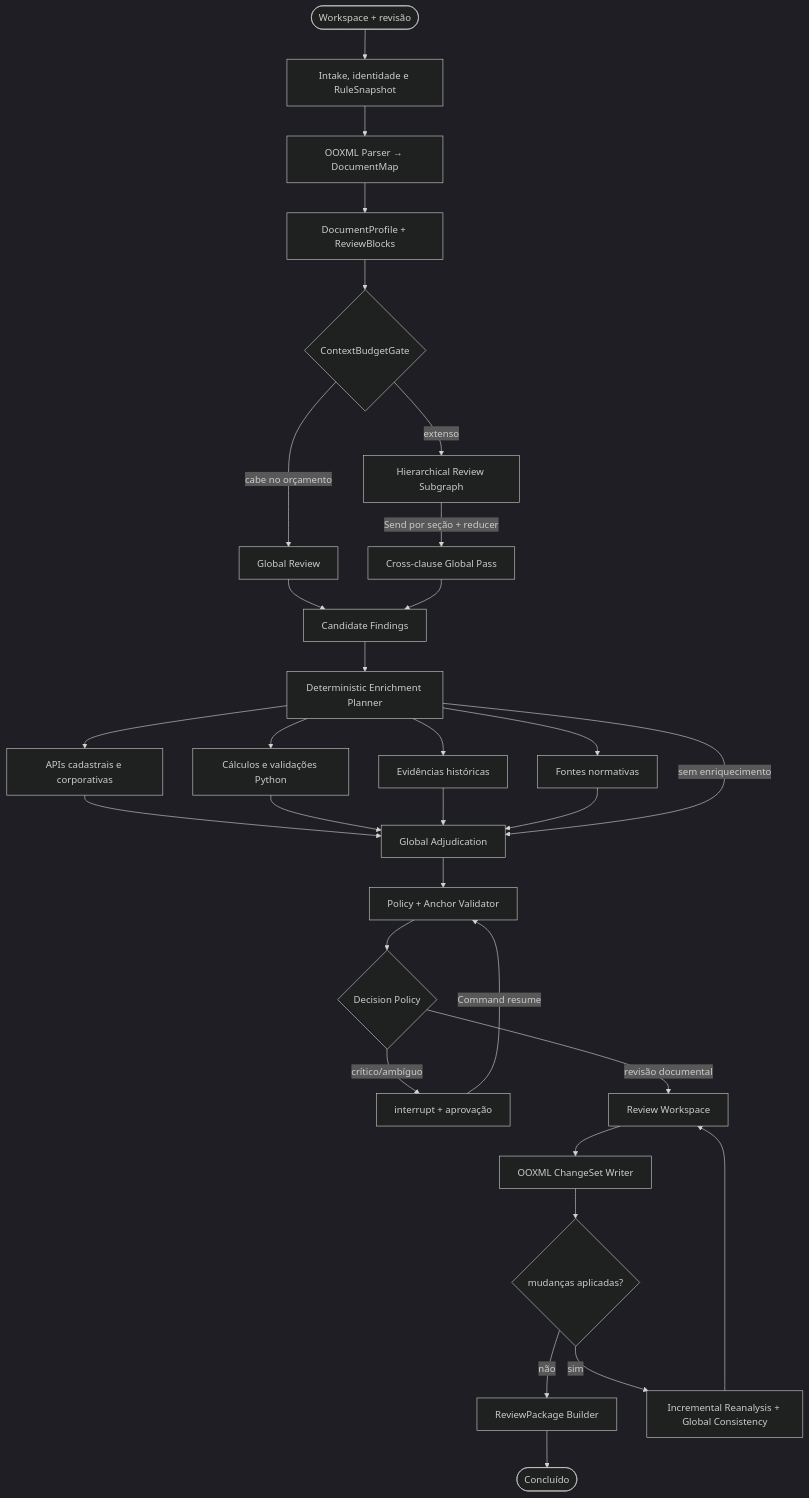
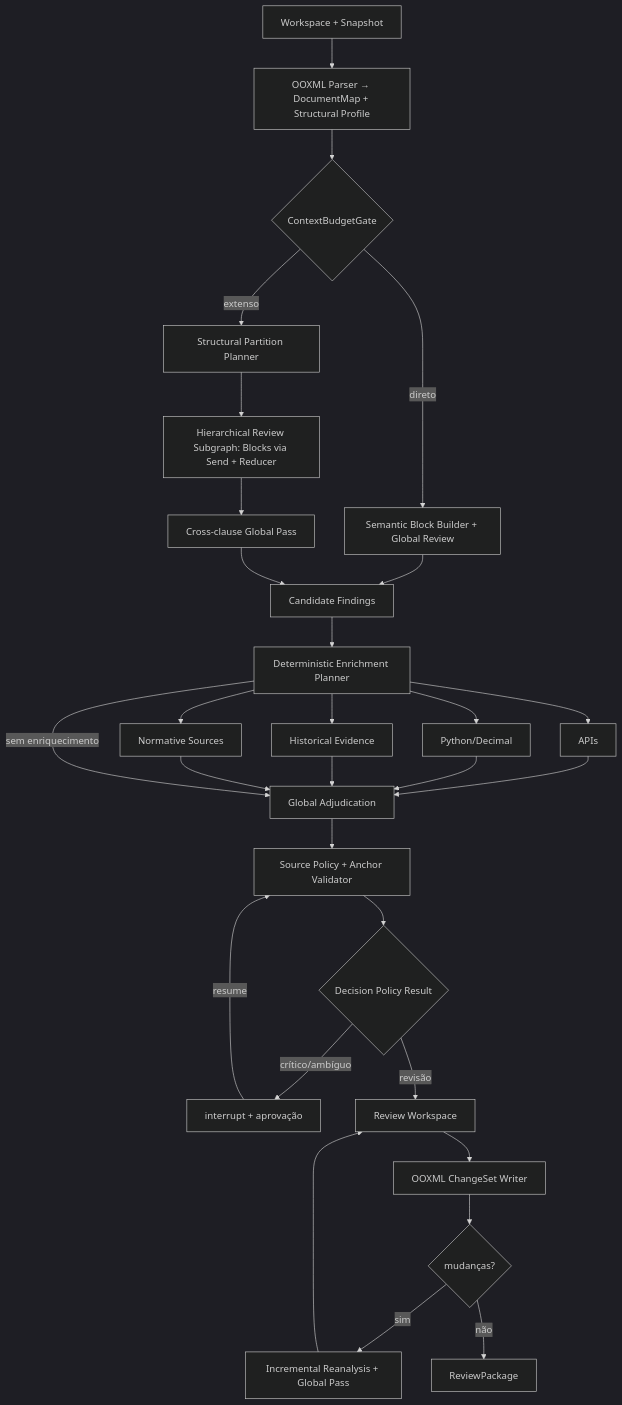
One commit to campos-labs/project-hub changed the third of 3 diagrams in docs/rfcs/006-contract-analyser-enterprise/DESIGN.md. Above: the diagram before and after it, drawn with Mermaid (dark theme). The commit also changed other lines of this file, not shown here.

````diff
--- a/docs/rfcs/006-contract-analyser-enterprise/DESIGN.md
+++ b/docs/rfcs/006-contract-analyser-enterprise/DESIGN.md
@@ -140,33 +78,14 @@
 ```mermaid
 flowchart TD
-    START([Workspace + revisão]) --> I[Intake, identidade e RuleSnapshot]
-    I --> P[OOXML Parser → DocumentMap]
-    P --> B[DocumentProfile + ReviewBlocks]
-    B --> C{ContextBudgetGate}
-    C -->|cabe no orçamento| G[Global Review]
-    C -->|extenso| H[Hierarchical Review Subgraph]
-    H -->|Send por seção + reducer| X[Cross-clause Global Pass]
-    G --> F[Candidate Findings]
-    X --> F
-    F --> E[Deterministic Enrichment Planner]
-    E --> API[APIs cadastrais e corporativas]
-    E --> CALC[Cálculos e validações Python]
-    E --> RAG[Evidências históricas]
-    E --> NORM[Fontes normativas]
-    API --> A[Global Adjudication]
-    CALC --> A
-    RAG --> A
-    NORM --> A
-    E -->|sem enriquecimento| A
-    A --> V[Policy + Anchor Validator]
-    V --> D{Decision Policy}
-    D -->|crítico/ambíguo| HITL[interrupt + aprovação]
-    HITL -->|Command resume| V
-    D -->|revisão documental| UI[Review Workspace]
-    UI --> W[OOXML ChangeSet Writer]
-    W --> R{mudanças aplicadas?}
-    R -->|não| PKG[ReviewPackage Builder]
-    R -->|sim| RI[Incremental Reanalysis + Global Consistency]
-    RI --> UI
-    PKG --> END([Concluído])
+ S[Workspace + Snapshot] --> P[OOXML Parser → DocumentMap + Structural Profile] --> C{ContextBudgetGate}
+ C -->|direto| G[Semantic Block Builder + Global Review]
+ C -->|extenso| H[Structural Partition Planner] --> HS[Hierarchical Review Subgraph: Blocks via Send + Reducer] --> X[Cross-clause Global Pass]
+ G --> F[Candidate Findings]; X --> F
+ F --> E[Deterministic Enrichment Planner]
+ E --> API[APIs] & CALC[Python/Decimal] & RAG[Historical Evidence] & NORM[Normative Sources]
+ API --> A[Global Adjudication]; CALC --> A; RAG --> A; NORM --> A; E -->|sem enriquecimento| A
+ A --> V[Source Policy + Anchor Validator] --> D{Decision Policy Result}
+ D -->|crítico/ambíguo| I[interrupt + aprovação] -->|resume| V
+ D -->|revisão| UI[Review Workspace] --> W[OOXML ChangeSet Writer]
+ W --> R{mudanças?}; R -->|sim| RI[Incremental Reanalysis + Global Pass] --> UI; R -->|não| PKG[ReviewPackage]
 ```
````
